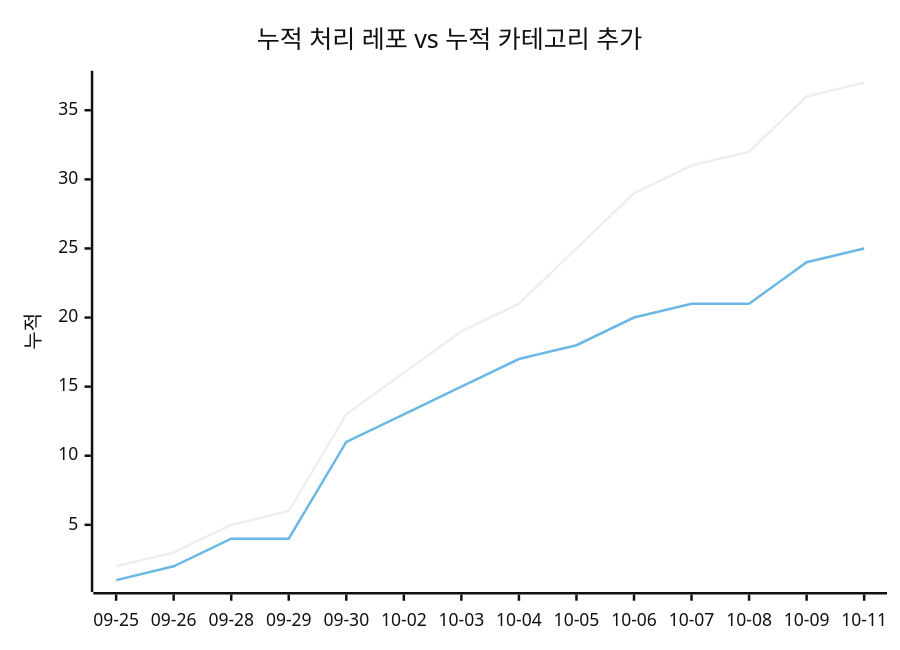
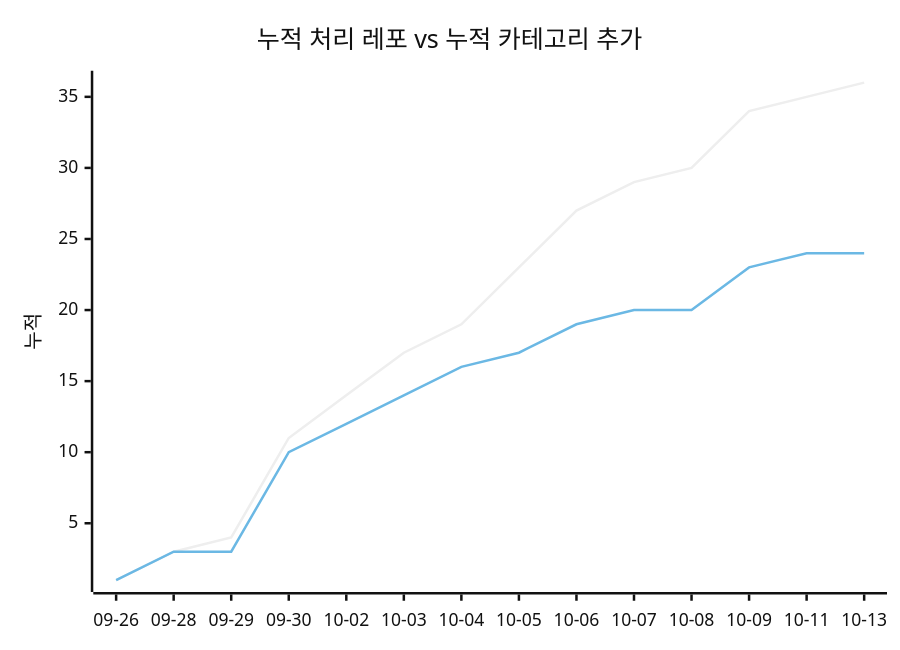
Before and after one commit to J-nowcow/awesome-korean-agent-skills: the second of 2 diagrams in docs/trends.md, drawn with Mermaid (neutral theme). The commit also changed other lines of this file and 27 other files, not shown here.

````diff
--- a/docs/trends.md
+++ b/docs/trends.md
@@ -68,8 +68,8 @@
 ```mermaid
 xychart-beta
     title "누적 처리 레포 vs 누적 카테고리 추가"
-    x-axis ["09-25","09-26","09-28","09-29","09-30","10-02","10-03","10-04","10-05","10-06","10-07","10-08","10-09","10-11"]
+    x-axis ["09-26","09-28","09-29","09-30","10-02","10-03","10-04","10-05","10-06","10-07","10-08","10-09","10-11","10-13"]
     y-axis "누적"
-    line [2,3,5,6,13,16,19,21,25,29,31,32,36,37]
-    line [1,2,4,4,11,13,15,17,18,20,21,21,24,25]
+    line [1,3,4,11,14,17,19,23,27,29,30,34,35,36]
+    line [1,3,3,10,12,14,16,17,19,20,20,23,24,24]
 ```
````
